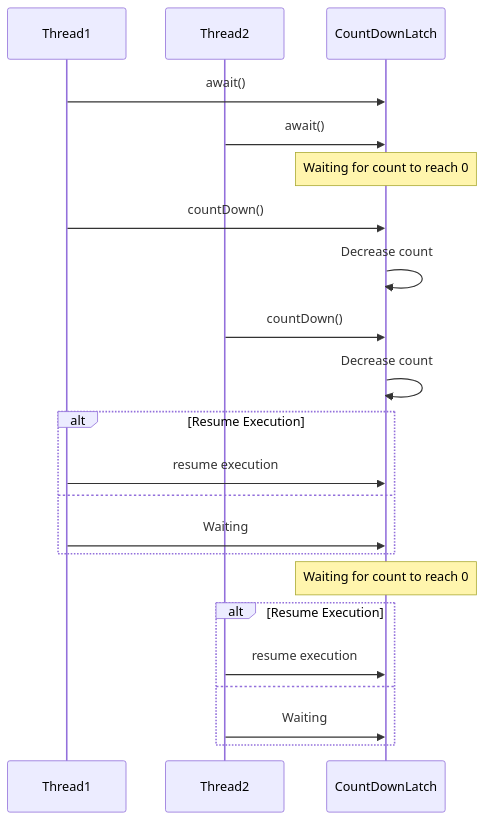
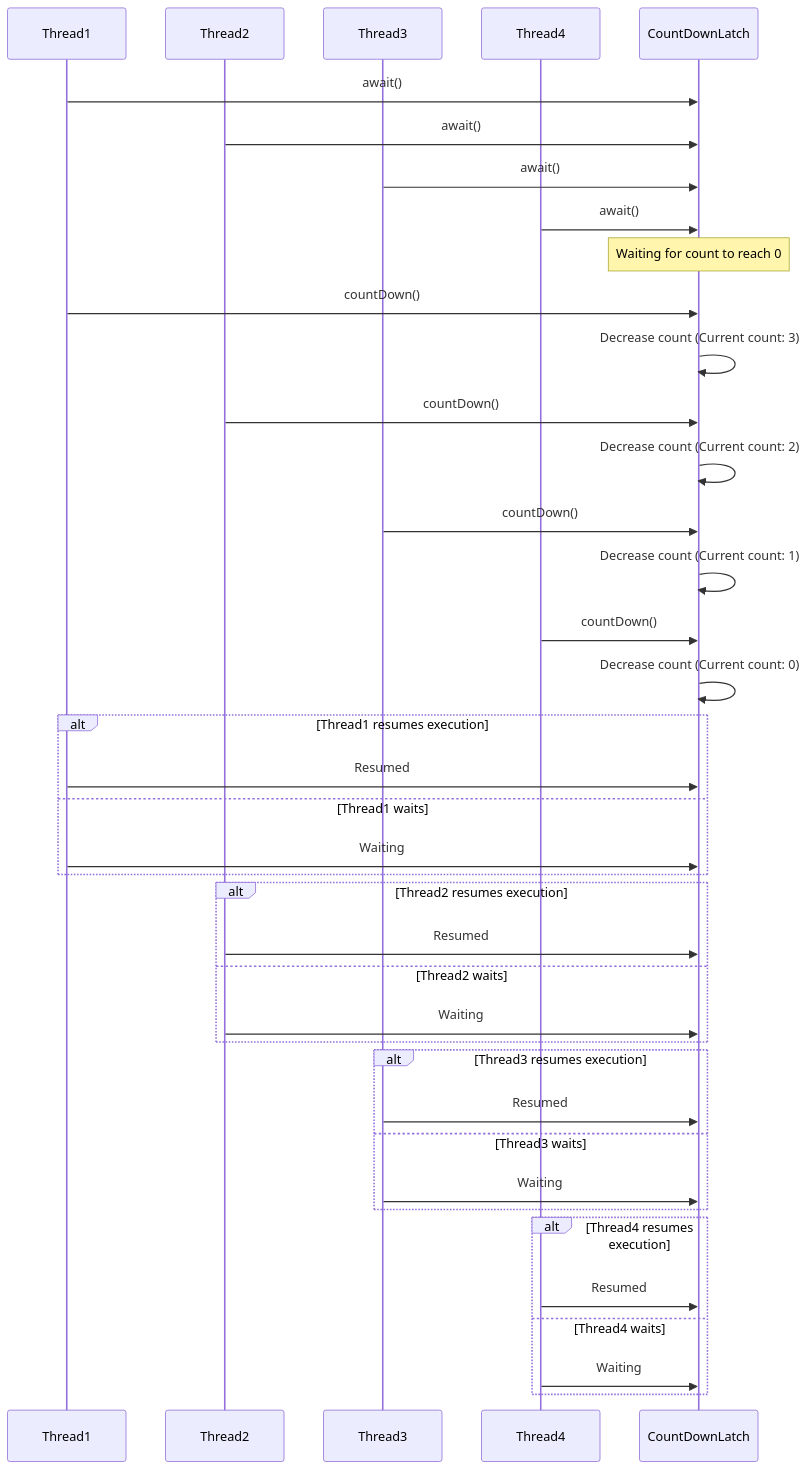
One commit to dtherhtun/Learning-Java changed the second of 5 diagrams in src/com/turing/javase4thbatch/synchronizers/README.md. Above: the diagram before and after it, drawn with Mermaid. The commit also changed other lines of this file, not shown here.

````diff
--- a/src/com/turing/javase4thbatch/synchronizers/README.md
+++ b/src/com/turing/javase4thbatch/synchronizers/README.md
@@ -36,30 +55,49 @@
 ```mermaid
 sequenceDiagram
     participant Thread1
     participant Thread2
+    participant Thread3
+    participant Thread4
     participant CountDownLatch
 
     Thread1->>CountDownLatch: await()
     Thread2->>CountDownLatch: await()
+    Thread3->>CountDownLatch: await()
+    Thread4->>CountDownLatch: await()
 
     Note over CountDownLatch: Waiting for count to reach 0
 
     Thread1->>CountDownLatch: countDown()
-    CountDownLatch->>CountDownLatch: Decrease count
+    CountDownLatch->>CountDownLatch: Decrease count (Current count: 3)
     Thread2->>CountDownLatch: countDown()
-    CountDownLatch->>CountDownLatch: Decrease count
+    CountDownLatch->>CountDownLatch: Decrease count (Current count: 2)
+    Thread3->>CountDownLatch: countDown()
+    CountDownLatch->>CountDownLatch: Decrease count (Current count: 1)
+    Thread4->>CountDownLatch: countDown()
+    CountDownLatch->>CountDownLatch: Decrease count (Current count: 0)
 
-    alt Resume Execution
-        Thread1->>CountDownLatch: resume execution
-    else
+    alt Thread1 resumes execution
+        Thread1->>CountDownLatch: Resumed
+    else Thread1 waits
         Thread1->>CountDownLatch: Waiting
     end
 
-    Note over CountDownLatch: Waiting for count to reach 0
-
-    alt Resume Execution
-        Thread2->>CountDownLatch: resume execution
-    else
+    alt Thread2 resumes execution
+        Thread2->>CountDownLatch: Resumed
+    else Thread2 waits
         Thread2->>CountDownLatch: Waiting
     end
+
+    alt Thread3 resumes execution
+        Thread3->>CountDownLatch: Resumed
+    else Thread3 waits
+        Thread3->>CountDownLatch: Waiting
+    end
+
+    alt Thread4 resumes execution
+        Thread4->>CountDownLatch: Resumed
+    else Thread4 waits
+        Thread4->>CountDownLatch: Waiting
+    end
+
 ```
````
